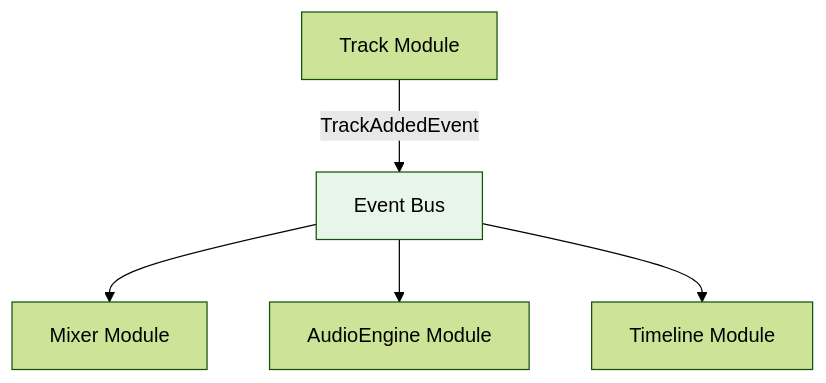
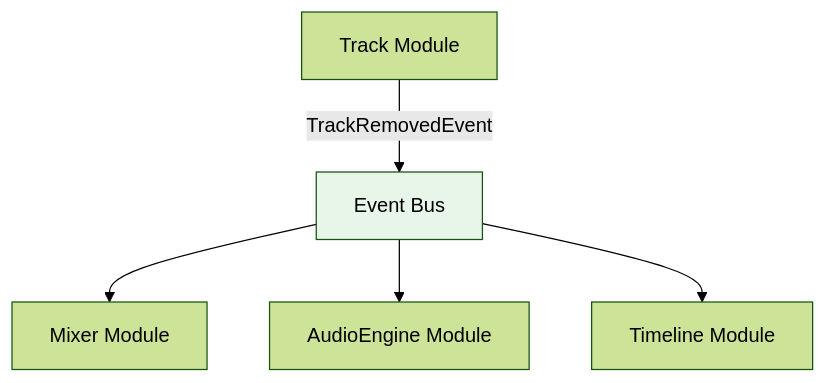
One commit to jcosta33/sourdaw changed the diagram in docs/04-events.md. Above: the diagram before and after it, drawn with Mermaid (forest theme). The commit also changed other lines of this file and 76 other files, not shown here.

Commit message:
refactor(arrangement): remove the unsubscribed track.added event

````diff
--- a/docs/04-events.md
+++ b/docs/04-events.md
@@ -19,9 +19,9 @@
 ```mermaid
 graph TB
-    A[Track Module] -->|TrackAddedEvent| B[Event Bus]
+    A[Track Module] -->|TrackRemovedEvent| B[Event Bus]
     B --> C[Mixer Module]
     B --> D[AudioEngine Module]
     B --> E[Timeline Module]
 
     style B fill:#e8f5e9
 ```
````
